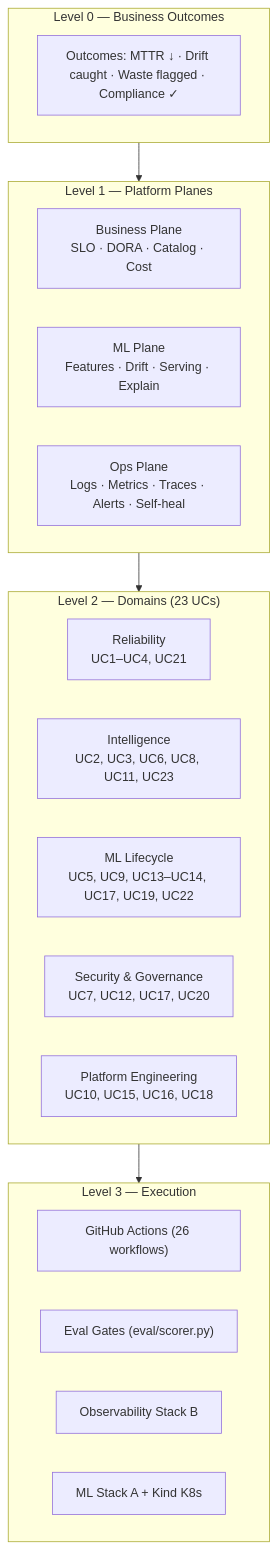
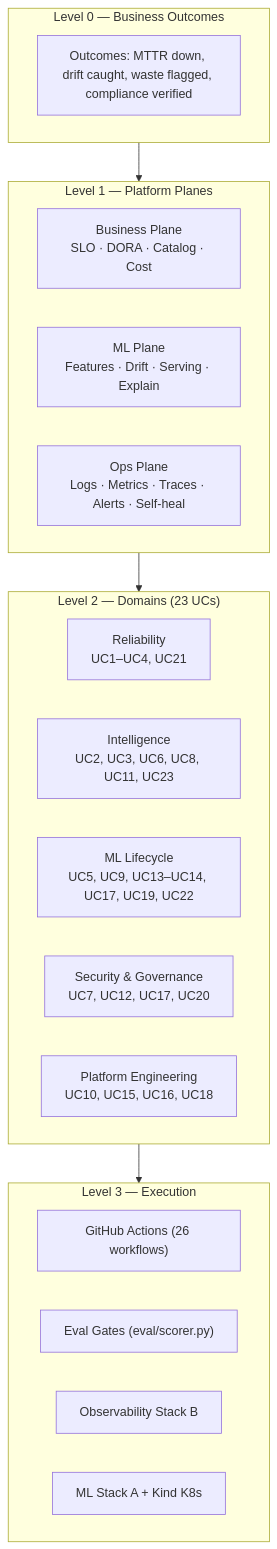
The fifth of 55 diagrams in README.md (sanjeev0120test/observable-mlops-platform), drawn with Mermaid before and after one commit. The commit also changed other lines of this file, not shown here.

````diff
--- a/README.md
+++ b/README.md
@@ -693,31 +693,31 @@
 ```mermaid
 flowchart TB
     subgraph L0["Level 0 — Business Outcomes"]
-        OUT["Outcomes: MTTR ↓ · Drift caught · Waste flagged · Compliance ✓"]
+        OUT["Outcomes: MTTR down, drift caught, waste flagged, compliance verified"]
     end
 
     subgraph L1["Level 1 — Platform Planes"]
         BP["Business Plane<br/>SLO · DORA · Catalog · Cost"]
         MP["ML Plane<br/>Features · Drift · Serving · Explain"]
         OP["Ops Plane<br/>Logs · Metrics · Traces · Alerts · Self-heal"]
     end
 
     subgraph L2["Level 2 — Domains (23 UCs)"]
         D1["Reliability<br/>UC1–UC4, UC21"]
         D2["Intelligence<br/>UC2, UC3, UC6, UC8, UC11, UC23"]
         D3["ML Lifecycle<br/>UC5, UC9, UC13–UC14, UC17, UC19, UC22"]
         D4["Security & Governance<br/>UC7, UC12, UC17, UC20"]
         D5["Platform Engineering<br/>UC10, UC15, UC16, UC18"]
     end
 
     subgraph L3["Level 3 — Execution"]
         CI["GitHub Actions (26 workflows)"]
         EV["Eval Gates (eval/scorer.py)"]
         OB["Observability Stack B"]
         ML["ML Stack A + Kind K8s"]
     end
 
     L0 --> L1
     L1 --> L2
     L2 --> L3
 ```
````
